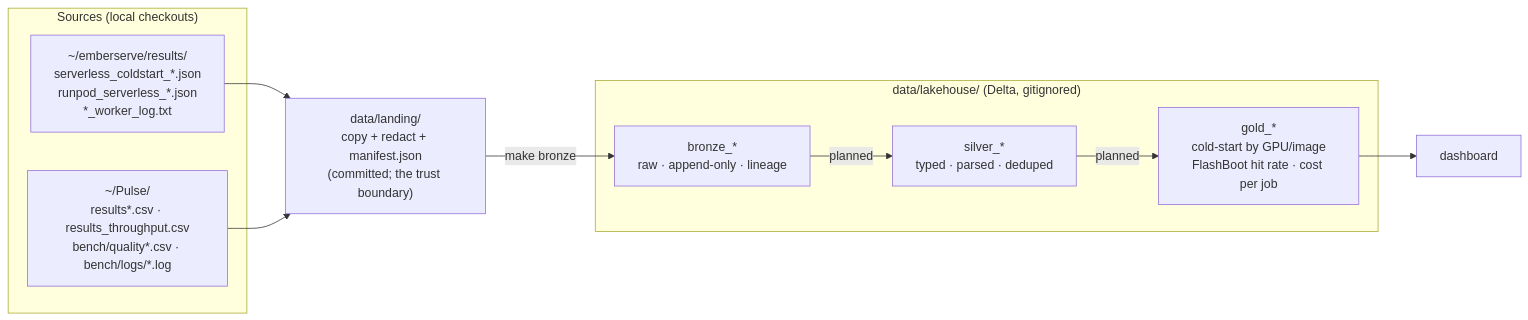
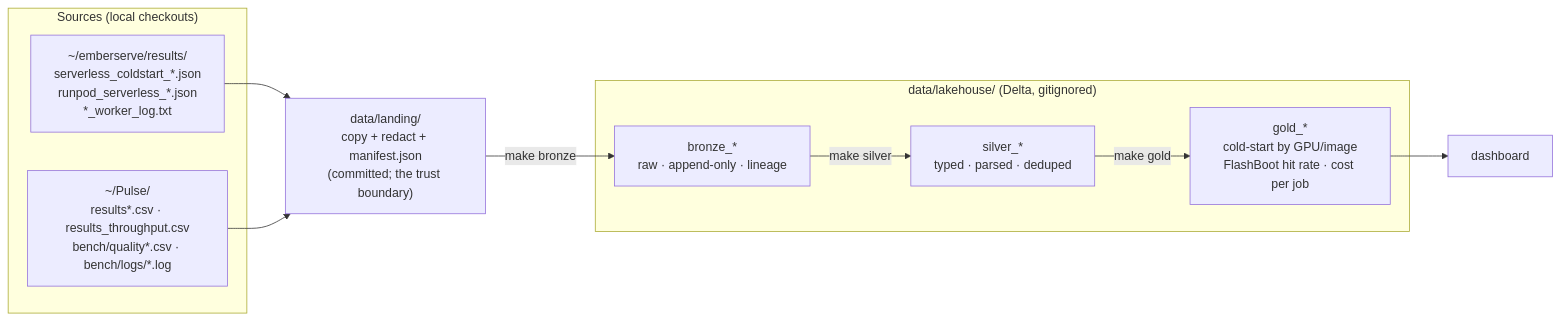
One commit to ashwinsreedhar28/serverless-lakehouse changed the diagram in README.md. Above: the diagram before and after it, drawn with Mermaid. The commit also changed other lines of this file and 21 other files, not shown here.

````diff
--- a/README.md
+++ b/README.md
@@ -17,20 +17,20 @@
 ```mermaid
 flowchart LR
     subgraph sources["Sources (local checkouts)"]
         E["~/emberserve/results/<br/>serverless_coldstart_*.json<br/>runpod_serverless_*.json<br/>*_worker_log.txt"]
         P["~/Pulse/<br/>results*.csv · results_throughput.csv<br/>bench/quality*.csv · bench/logs/*.log"]
     end
     L["data/landing/<br/>copy + redact + manifest.json<br/>(committed; the trust boundary)"]
     subgraph lakehouse["data/lakehouse/ (Delta, gitignored)"]
         B["bronze_*<br/>raw · append-only · lineage"]
         S["silver_*<br/>typed · parsed · deduped"]
         G["gold_*<br/>cold-start by GPU/image<br/>FlashBoot hit rate · cost per job"]
     end
     D["dashboard"]
     E --> L
     P --> L
     L -->|make bronze| B
-    B -->|planned| S
-    S -->|planned| G
+    B -->|make silver| S
+    S -->|make gold| G
     G --> D
 ```
````
